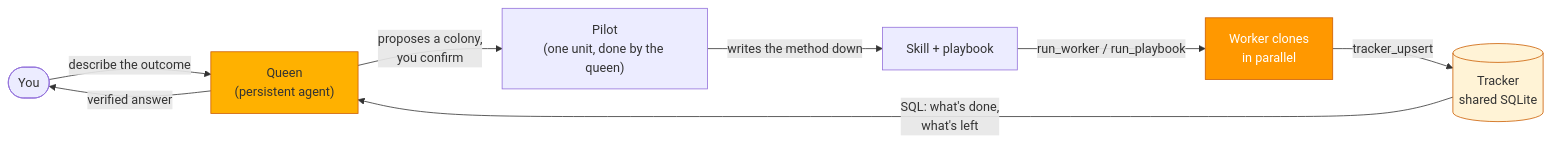
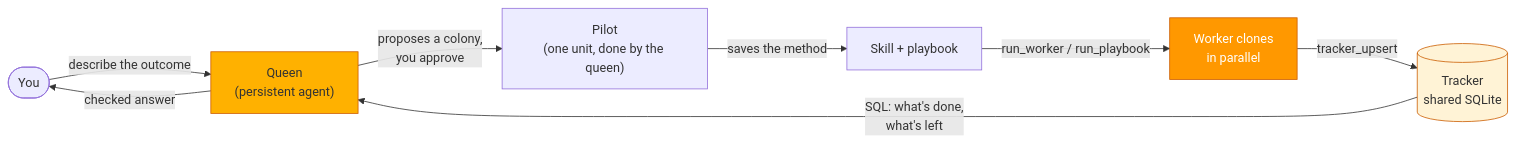
One commit to 23821/hive changed the diagram in README.md. Above: the diagram before and after it, drawn with Mermaid. The commit also changed other lines of this file and 4 other files, not shown here.

````diff
--- a/README.md
+++ b/README.md
@@ -76,14 +79,14 @@
 ```mermaid
 flowchart LR
     You(["You"]) -->|"describe the outcome"| Queen["Queen<br/>(persistent agent)"]
-    Queen -->|"proposes a colony,<br/>you confirm"| Pilot["Pilot<br/>(one unit, done by the queen)"]
-    Pilot -->|"writes the method down"| Skill["Skill + playbook"]
+    Queen -->|"proposes a colony,<br/>you approve"| Pilot["Pilot<br/>(one unit, done by the queen)"]
+    Pilot -->|"saves the method"| Skill["Skill + playbook"]
     Skill -->|"run_worker / run_playbook"| W["Worker clones<br/>in parallel"]
     W -->|"tracker_upsert"| T[("Tracker<br/>shared SQLite")]
     T -->|"SQL: what's done,<br/>what's left"| Queen
-    Queen -->|"verified answer"| You
+    Queen -->|"checked answer"| You
 
     style Queen fill:#ffb100,stroke:#cc5d00,color:#333
     style T fill:#fff3d6,stroke:#cc5d00,color:#333
     style W fill:#ff9800,stroke:#cc5d00,color:#fff
 ```
````
